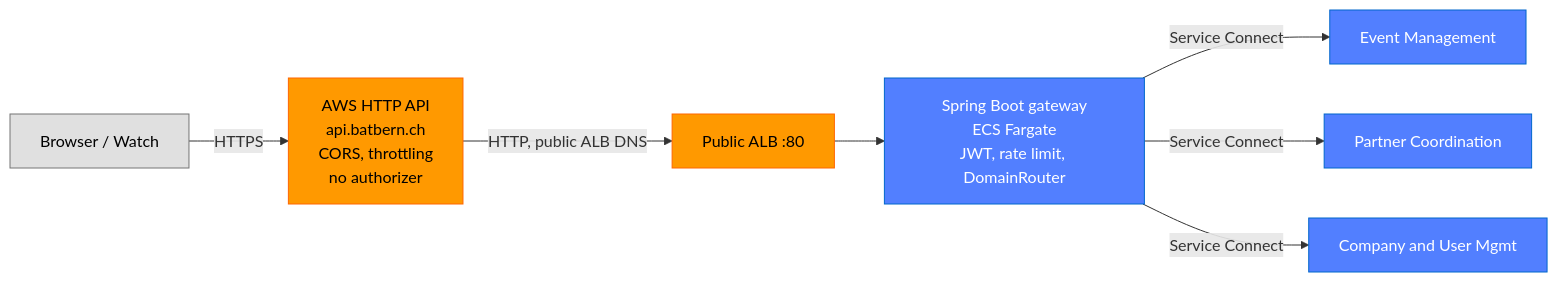
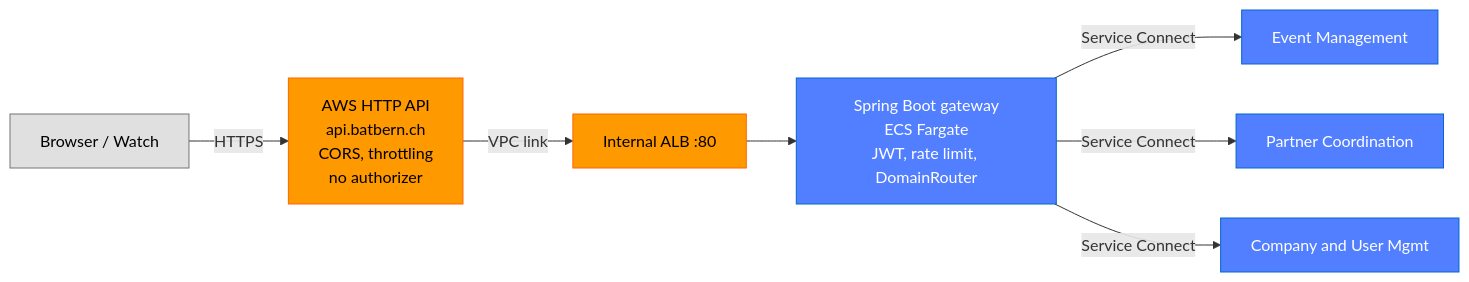
Before and after one commit to nissimbuchs/BATbern2: the eighth of 26 diagrams in docs/architecture/02-infrastructure-deployment.md, drawn with Mermaid. The commit also changed other lines of this file and 110 other files, not shown here.

First line of the commit message:
Issue sweep epics 7 and 8: visitor IP through a VPC link, docs and spec hygiene (#1328)

````diff
--- a/docs/architecture/02-infrastructure-deployment.md
+++ b/docs/architecture/02-infrastructure-deployment.md
@@ -466,18 +466,18 @@
 ```mermaid
 graph LR
     A["Browser / Watch"] -->|HTTPS| B["AWS HTTP API<br/>api.batbern.ch<br/>CORS, throttling<br/>no authorizer"]
-    B -->|"HTTP, public ALB DNS"| ALB["Public ALB :80"]
+    B -->|"VPC link"| ALB["Internal ALB :80"]
     ALB --> C["Spring Boot gateway<br/>ECS Fargate<br/>JWT, rate limit, DomainRouter"]
 
     C -->|"Service Connect"| D1["Event Management"]
     C -->|"Service Connect"| D3["Partner Coordination"]
     C -->|"Service Connect"| D5["Company and User Mgmt"]
 
     style A fill:#E0E0E0,stroke:#757575,color:#000
     style B fill:#FF9900,stroke:#FF6600,color:#000
     style ALB fill:#FF9900,stroke:#FF6600,color:#000
     style C fill:#527FFF,stroke:#0066CC,color:#fff
     style D1 fill:#527FFF,stroke:#0066CC,color:#fff
     style D3 fill:#527FFF,stroke:#0066CC,color:#fff
     style D5 fill:#527FFF,stroke:#0066CC,color:#fff
 ```
````
